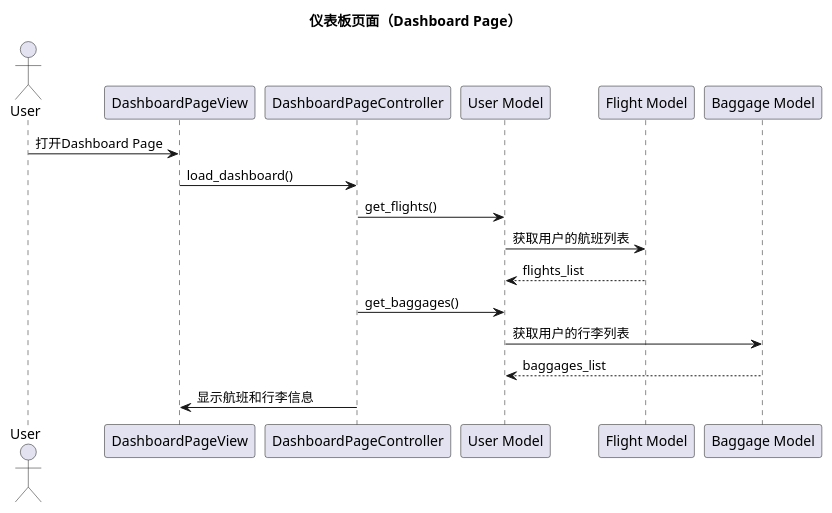
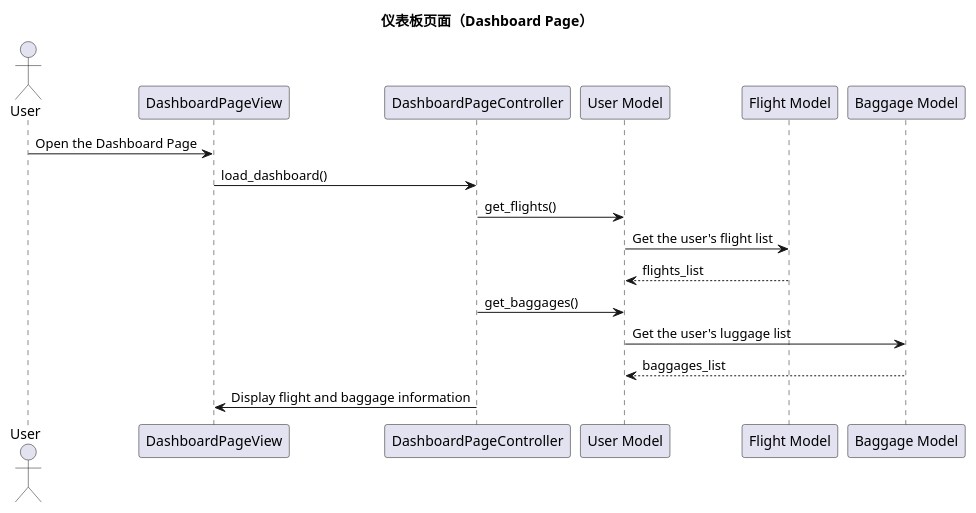
One commit to violeteye1234/group23_COMPS350F changed the fourth of 16 diagrams in planing/class_diagrams.md. Above: the diagram before and after it, drawn with PlantUML. The commit also changed other lines of this file and 45 other files, not shown here.

````diff
--- a/planing/class_diagrams.md
+++ b/planing/class_diagrams.md
@@ -170,22 +170,22 @@
 ```plantuml
 @startuml
 title 仪表板页面（Dashboard Page）
 
 actor User
 participant "DashboardPageView" as View
 participant "DashboardPageController" as Controller
 participant "User Model" as UserModel
 participant "Flight Model" as FlightModel
 participant "Baggage Model" as BaggageModel
 
-User -> View: 打开Dashboard Page
+User -> View: Open the Dashboard Page
 View -> Controller: load_dashboard()
 Controller -> UserModel: get_flights()
-UserModel -> FlightModel: 获取用户的航班列表
+UserModel -> FlightModel: Get the user's flight list
 FlightModel --> UserModel: flights_list
 Controller -> UserModel: get_baggages()
-UserModel -> BaggageModel: 获取用户的行李列表
+UserModel -> BaggageModel: Get the user's luggage list
 BaggageModel --> UserModel: baggages_list
-Controller -> View: 显示航班和行李信息
+Controller -> View: Display flight and baggage information
 @enduml
 ```
````
